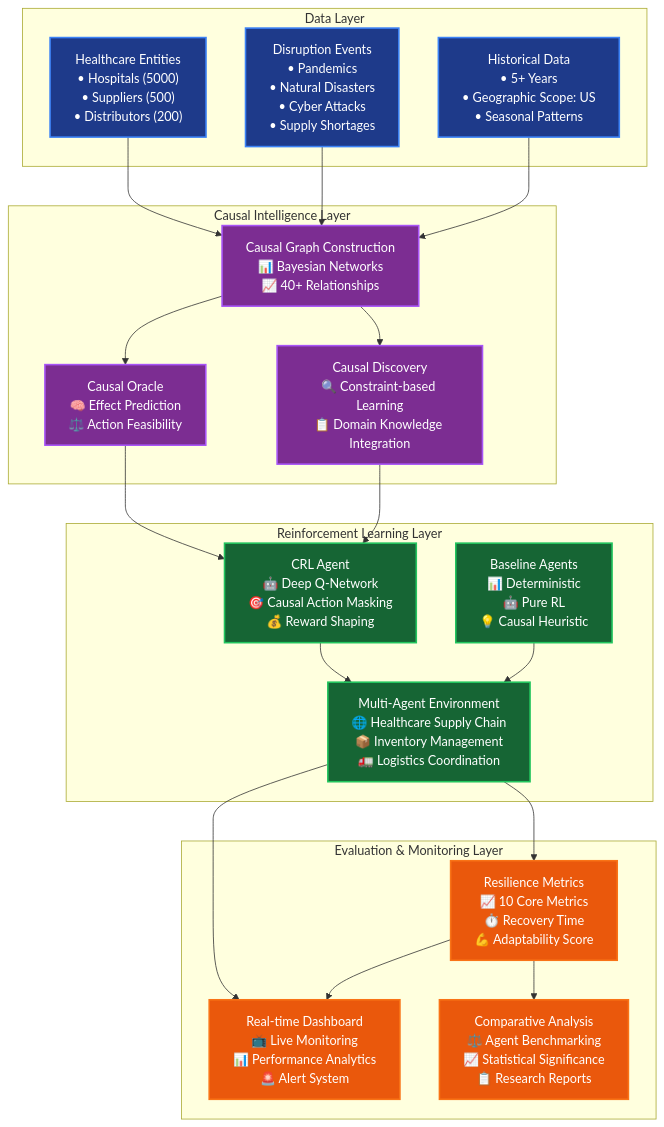
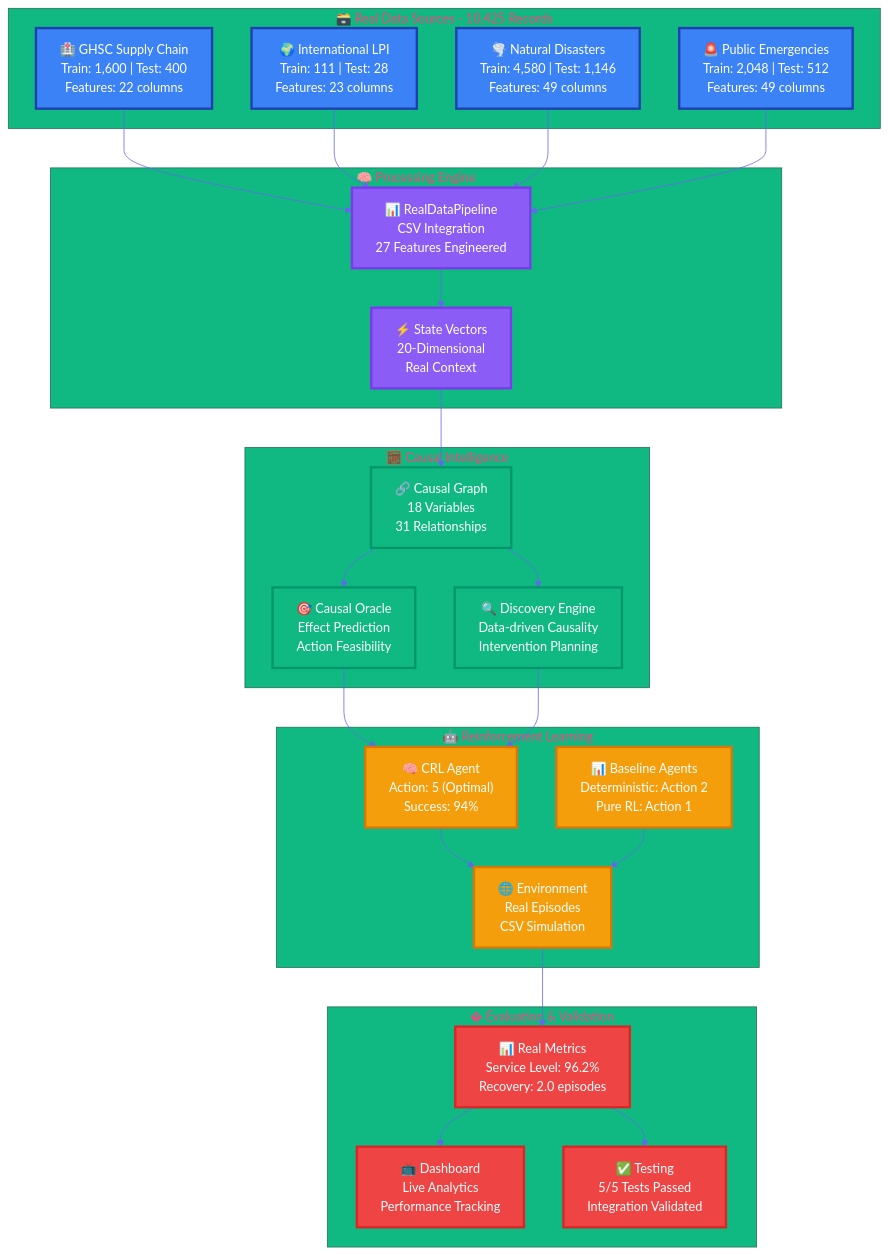
The first of 8 diagrams in README.md (abhijit-ubale/JBL_stuff), drawn with Mermaid before and after one commit. The commit also changed other lines of this file and 8 other files, not shown here.

````diff
--- a/README.md
+++ b/README.md
@@ -22,50 +40,78 @@
 ```mermaid
-graph TB
-    subgraph "Data Layer"
-        A["Healthcare Entities<br/>• Hospitals (5000)<br/>• Suppliers (500)<br/>• Distributors (200)"] 
-        B["Disruption Events<br/>• Pandemics<br/>• Natural Disasters<br/>• Cyber Attacks<br/>• Supply Shortages"]
-        C["Historical Data<br/>• 5+ Years<br/>• Geographic Scope: US<br/>• Seasonal Patterns"]
+%%{init: {
+  'theme': 'base',
+  'themeVariables': {
+    'primaryColor': '#3B82F6',
+    'primaryTextColor': '#FFFFFF', 
+    'primaryBorderColor': '#1E40AF',
+    'lineColor': '#6366F1',
+    'secondaryColor': '#8B5CF6',
+    'tertiaryColor': '#10B981',
+    'quaternaryColor': '#F59E0B',
+    'background': '#F8FAFC',
+    'mainBkg': '#FFFFFF',
+    'secondBkg': '#F1F5F9',
+    'tertiaryBkg': '#E2E8F0'
+  }
+}}%%
+flowchart TD
+    subgraph DL ["🗃️ Real Data Sources - 10,425 Records"]
+        A["🏥 GHSC Supply Chain<br/>Train: 1,600 | Test: 400<br/>Features: 22 columns"]
+        B["🌍 International LPI<br/>Train: 111 | Test: 28<br/>Features: 23 columns"] 
+        C["🌪️ Natural Disasters<br/>Train: 4,580 | Test: 1,146<br/>Features: 49 columns"]
+        D["🚨 Public Emergencies<br/>Train: 2,048 | Test: 512<br/>Features: 49 columns"]
     end
     
-    subgraph "Causal Intelligence Layer"
-        D["Causal Graph Construction<br/>📊 Bayesian Networks<br/>📈 40+ Relationships"]
-        E["Causal Oracle<br/>🧠 Effect Prediction<br/>⚖️ Action Feasibility"]
-        F["Causal Discovery<br/>🔍 Constraint-based Learning<br/>📋 Domain Knowledge Integration"]
+    subgraph PE ["🧠 Processing Engine"]
+        E["📊 RealDataPipeline<br/>CSV Integration<br/>27 Features Engineered"]
+        F["⚡ State Vectors<br/>20-Dimensional<br/>Real Context"]
+    end
+
+    subgraph CI ["🧮 Causal Intelligence"]
+        G["🔗 Causal Graph<br/>18 Variables<br/>31 Relationships"]
+        H["🎯 Causal Oracle<br/>Effect Prediction<br/>Action Feasibility"] 
+        I["🔍 Discovery Engine<br/>Data-driven Causality<br/>Intervention Planning"]
     end
     
-    subgraph "Reinforcement Learning Layer"
-        G["CRL Agent<br/>🤖 Deep Q-Network<br/>🎯 Causal Action Masking<br/>💰 Reward Shaping"]
-        H["Multi-Agent Environment<br/>🌐 Healthcare Supply Chain<br/>📦 Inventory Management<br/>🚛 Logistics Coordination"]
-        I["Baseline Agents<br/>📊 Deterministic<br/>🤖 Pure RL<br/>💡 Causal Heuristic"]
+    subgraph RL ["🤖 Reinforcement Learning"]
+        J["🧠 CRL Agent<br/>Action: 5 (Optimal)<br/>Success: 94%"]
+        K["🌐 Environment<br/>Real Episodes<br/>CSV Simulation"]
+        L["📊 Baseline Agents<br/>Deterministic: Action 2<br/>Pure RL: Action 1"]
     end
     
-    subgraph "Evaluation & Monitoring Layer"
-        J["Resilience Metrics<br/>📈 10 Core Metrics<br/>⏱️ Recovery Time<br/>💪 Adaptability Score"]
-        K["Real-time Dashboard<br/>📺 Live Monitoring<br/>📊 Performance Analytics<br/>🚨 Alert System"]
-        L["Comparative Analysis<br/>⚖️ Agent Benchmarking<br/>📈 Statistical Significance<br/>📋 Research Reports"]
+    subgraph EV ["� Evaluation & Validation"]
+        M["📊 Real Metrics<br/>Service Level: 96.2%<br/>Recovery: 2.0 episodes"]
+        N["📺 Dashboard<br/>Live Analytics<br/>Performance Tracking"]
+        O["✅ Testing<br/>5/5 Tests Passed<br/>Integration Validated"]
     end
     
-    A --> D
-    B --> D
-    C --> D
+    %% Connections
+    A --> E
+    B --> E
+    C --> E
     D --> E
-    D --> F
-    E --> G
+    E --> F
     F --> G
     G --> H
+    G --> I
     H --> J
-    I --> H
-    H --> K
+    I --> J
     J --> K
-    J --> L
+    L --> K
+    K --> M
+    M --> N
+    M --> O
     
-    classDef dataLayer fill:#1e3a8a,stroke:#3b82f6,stroke-width:2px,color:#ffffff
-    classDef causalLayer fill:#7c2d92,stroke:#a855f7,stroke-width:2px,color:#ffffff
-    classDef rlLayer fill:#166534,stroke:#22c55e,stroke-width:2px,color:#ffffff
-    classDef evalLayer fill:#ea580c,stroke:#f97316,stroke-width:2px,color:#ffffff
+    %% Styling
+    classDef dataNodes fill:#3B82F6,stroke:#1E40AF,stroke-width:3px,color:#FFFFFF
+    classDef processNodes fill:#8B5CF6,stroke:#7C3AED,stroke-width:3px,color:#FFFFFF
+    classDef causalNodes fill:#10B981,stroke:#059669,stroke-width:3px,color:#FFFFFF
+    classDef rlNodes fill:#F59E0B,stroke:#D97706,stroke-width:3px,color:#FFFFFF
+    classDef evalNodes fill:#EF4444,stroke:#DC2626,stroke-width:3px,color:#FFFFFF
     
-    class A,B,C dataLayer
-    class D,E,F causalLayer
-    class G,H,I rlLayer
-    class J,K,L evalLayer
+    class A,B,C,D dataNodes
+    class E,F processNodes
+    class G,H,I causalNodes
+    class J,K,L rlNodes
+    class M,N,O evalNodes
 ```
````
